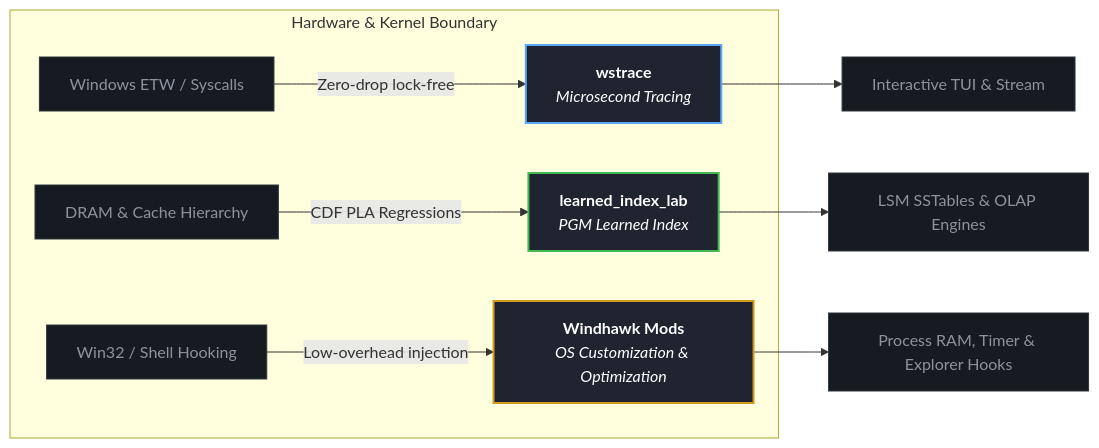
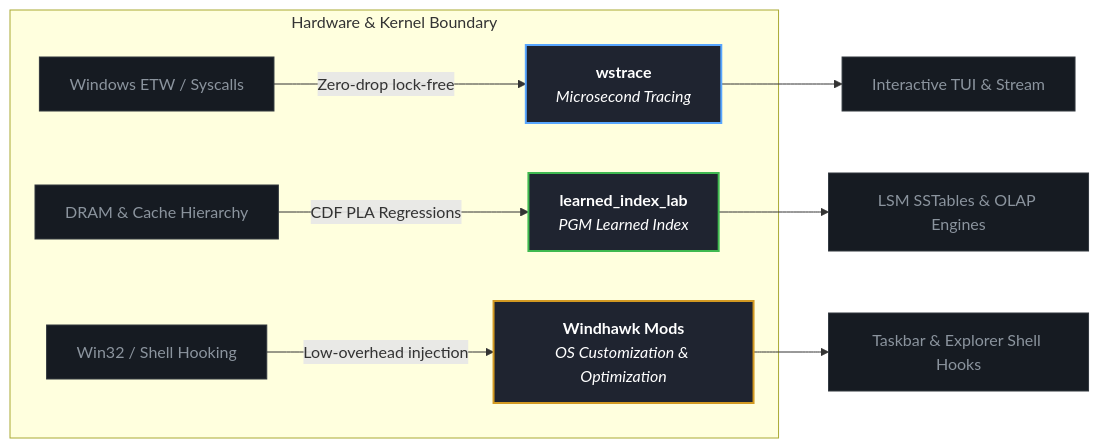
One commit to gilnett/gilnett changed the diagram in README.md. Above: the diagram before and after it, drawn with Mermaid. The commit also changed other lines of this file, not shown here.

Commit message:
docs: update Windhawk mods section and remove benchmark details

````diff
--- a/README.md
+++ b/README.md
@@ -22,26 +22,26 @@
 ```mermaid
 graph LR
     subgraph "Hardware & Kernel Boundary"
         ETW["Windows ETW / Syscalls"] -->|Zero-drop lock-free| WSTRACE["<b>wstrace</b><br/><i>Microsecond Tracing</i>"]
         RAM["DRAM & Cache Hierarchy"] -->|CDF PLA Regressions| PGM["<b>learned_index_lab</b><br/><i>PGM Learned Index</i>"]
         HOOK["Win32 / Shell Hooking"] -->|Low-overhead injection| WINDHAWK["<b>Windhawk Mods</b><br/><i>OS Customization & Optimization</i>"]
     end
 
     WSTRACE --> TUI["Interactive TUI & Stream"]
     PGM --> DB["LSM SSTables & OLAP Engines"]
-    WINDHAWK --> SHELL["Process RAM, Timer & Explorer Hooks"]
+    WINDHAWK --> SHELL["Taskbar & Explorer Shell Hooks"]
 
     click WSTRACE "https://github.com/gilnett/wstrace" "Open wstrace repo"
     click PGM "https://github.com/gilnett/learned_index_lab" "Open learned_index_lab repo"
     click WINDHAWK "https://windhawk.net" "Open Windhawk mods"
 
     style WSTRACE fill:#1f2430,stroke:#58a6ff,stroke-width:2px,color:#fff
     style PGM fill:#1f2430,stroke:#3fb950,stroke-width:2px,color:#fff
     style WINDHAWK fill:#1f2430,stroke:#d29922,stroke-width:2px,color:#fff
     style TUI fill:#161b22,stroke:#30363d,color:#8b949e
     style DB fill:#161b22,stroke:#30363d,color:#8b949e
     style SHELL fill:#161b22,stroke:#30363d,color:#8b949e
     style ETW fill:#161b22,stroke:#30363d,color:#8b949e
     style RAM fill:#161b22,stroke:#30363d,color:#8b949e
     style HOOK fill:#161b22,stroke:#30363d,color:#8b949e
 ```
````
